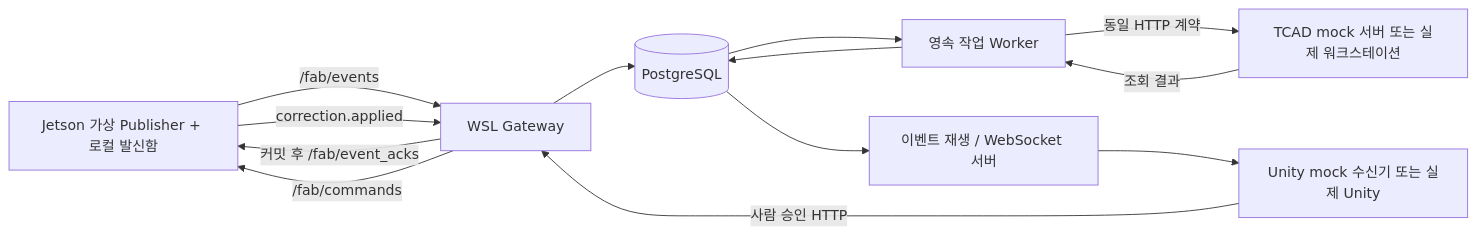
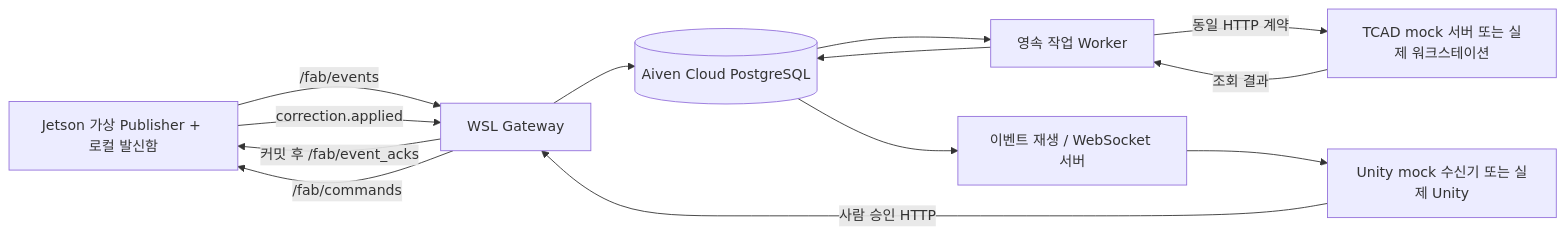
One commit to ann-star20/posco-team4 changed the diagram in docs/architecture/jetson-ros2-tcad-unity-integration.md. Above: the diagram before and after it, drawn with Mermaid. The commit also changed other lines of this file and 75 other files, not shown here.

````diff
--- a/docs/architecture/jetson-ros2-tcad-unity-integration.md
+++ b/docs/architecture/jetson-ros2-tcad-unity-integration.md
@@ -35,15 +42,15 @@
 ```mermaid
 flowchart LR
   J["Jetson 가상 Publisher + 로컬 발신함"] -->|"/fab/events"| G["WSL Gateway"]
   G -->|"커밋 후 /fab/event_acks"| J
-  G --> D[("PostgreSQL")]
+  G --> D[("Aiven Cloud PostgreSQL")]
   D --> W["영속 작업 Worker"]
   W -->|"동일 HTTP 계약"| T["TCAD mock 서버 또는 실제 워크스테이션"]
   T -->|"조회 결과"| W
   W --> D
   D --> S["이벤트 재생 / WebSocket 서버"]
   S --> U["Unity mock 수신기 또는 실제 Unity"]
   U -->|"사람 승인 HTTP"| G
   G -->|"/fab/commands"| J
   J -->|"correction.applied"| G
 ```
````
